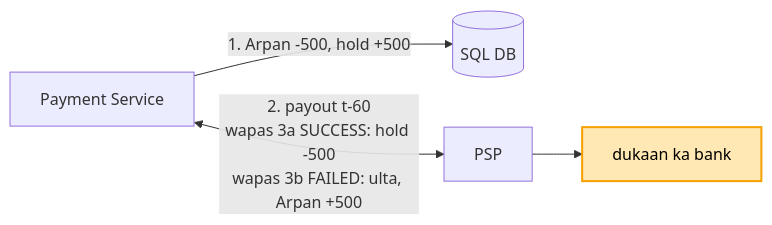
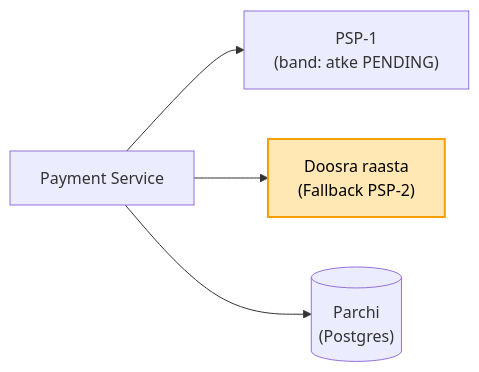
Before and after one commit to ArpanMaheshwari144/Prep: the third of 4 diagrams in 04_HLD/SYSTEM_DESIGNS/06_payment_system/06_payment_system.md, drawn with Mermaid. The commit also changed other lines of this file and 13 other files, not shown here.

````diff
--- a/04_HLD/SYSTEM_DESIGNS/06_payment_system/06_payment_system.md
+++ b/04_HLD/SYSTEM_DESIGNS/06_payment_system/06_payment_system.md
@@ -264,7 +88,7 @@
 ```mermaid
 flowchart LR
-    S["Payment Service"] -- "1. Arpan -500, hold +500" --> D[("SQL DB")]
-    S <-->|"2. payout t-60<br/>wapas 3a SUCCESS: hold -500<br/>wapas 3b FAILED: ulta, Arpan +500"| P["PSP"]
-    P --> B["dukaan ka bank"]
-    style B fill:#ffe8b3,stroke:#f59f00,stroke-width:2px,color:#000
+    S["Payment Service"] --> P1["PSP-1<br/>(band: atke PENDING)"]
+    S --> P2["Doosra raasta<br/>(Fallback PSP-2)"]
+    S --> D[("Parchi<br/>(Postgres)")]
+    style P2 fill:#ffe8b3,stroke:#f59f00,stroke-width:2px,color:#000
 ```
````
